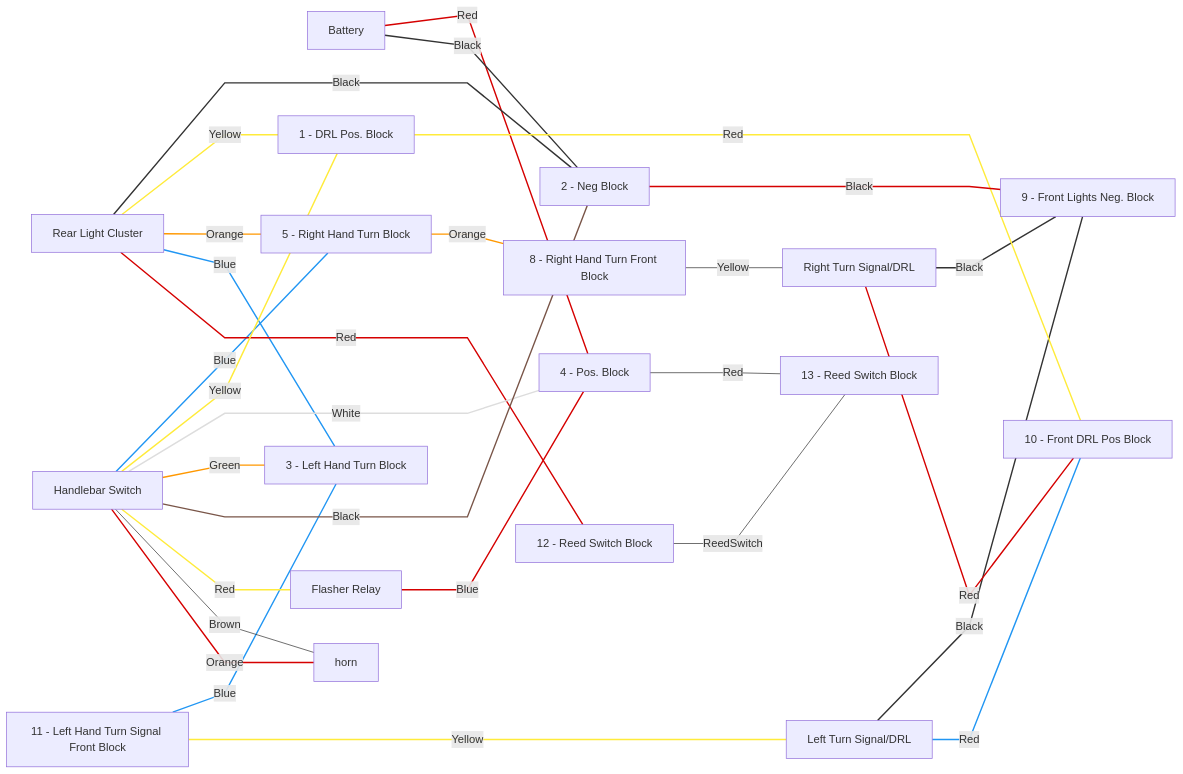
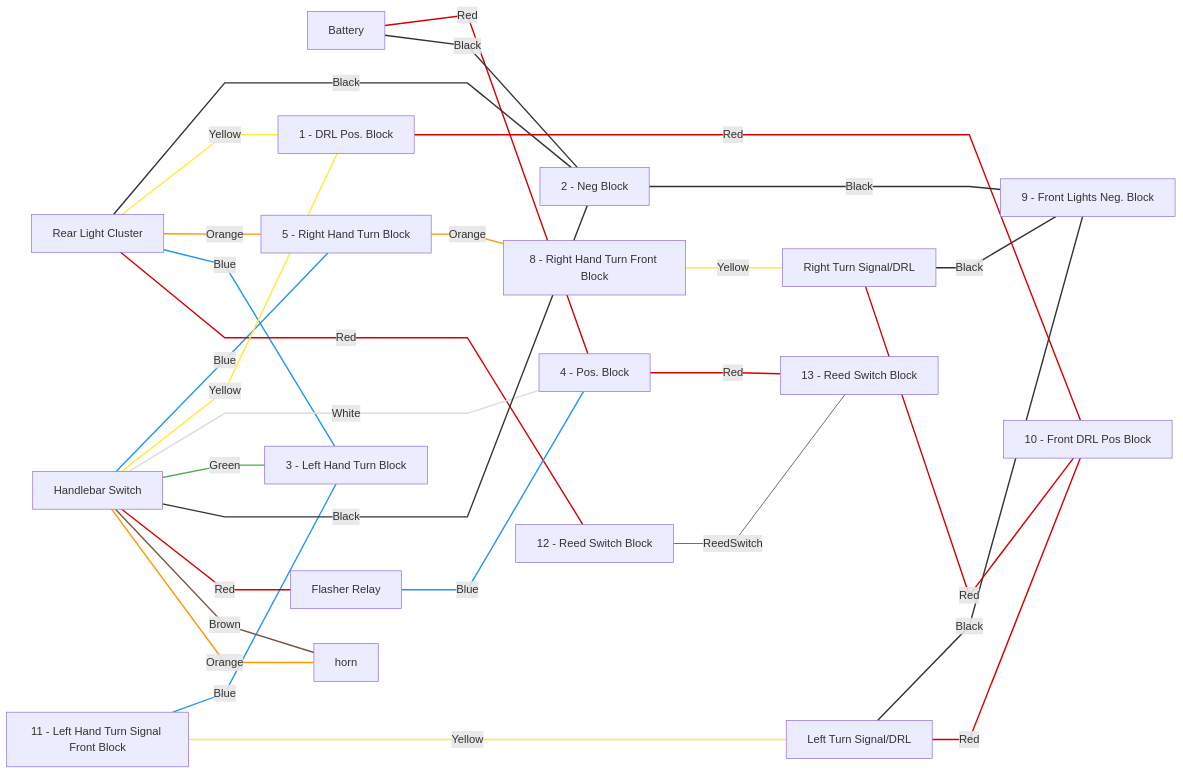
One commit to ElectricElk/schwinn-ss changed the diagram in wiring.md. Above: the diagram before and after it, drawn with Mermaid.

Commit message:
Colors fixed

````diff
--- a/wiring.md
+++ b/wiring.md
@@ -20,15 +20,14 @@
     sw1[Handlebar Switch] -- Yellow --- node1
     sw1 -- White --- node4[4 - Pos. Block]
     sw1 -- Green --- node3
- 
-    sw1 -- Black --- node2    
-    sw1 -- Red --- fr[Flasher Relay]    
-    fr -- Blue --- node4    
+    sw1 -- Black --- node2
+    sw1 -- Red --- fr[Flasher Relay]
+    fr -- Blue --- node4
     sw1 -- Brown --- node_horn[horn]    
-    sw1 -- Orange --- node_horn    
+    sw1 -- Orange --- node_horn
     node1 -- Red --- node10[10 - Front DRL Pos Block]    
     node2 -- Black --- node9[9 - Front Lights Neg. Block]    
-    node4 -- Red --- node13[13 - Reed Switch Block]  
+    node4 -- Red --- node13[13 - Reed Switch Block]
     node8 -- Yellow --- rts[Right Turn Signal/DRL]  
     node12 -- ReedSwitch --- node13  
   
@@ -36,6 +35,11 @@
 %% Black - 333333
 %% White - DDDDDD
 %% Green - 4CAF50
+%% Blue  - 2196F3
+%% Brown  - 795548
+%% Orange - FF9800
+%% Yellow - FFEB3B
+%% Red - D50000
 linkStyle 0 stroke:#D50000,stroke-width:2px 
 linkStyle 1 stroke:#333333,stroke-width:2px
 linkStyle 2 stroke:#333333,stroke-width:2px
@@ -54,32 +58,13 @@
 linkStyle 15 stroke:#FFEB3B,stroke-width:2px
 linkStyle 16 stroke:#DDDDDD,stroke-width:2px  
 linkStyle 17 stroke:#4CAF50,stroke-width:2px  
-
-%% Red
-linkStyle 20 stroke:#D50000,stroke-width:2px  
-linkStyle 22 stroke:#D50000,stroke-width:2px  
-linkStyle 24 stroke:#D50000,stroke-width:2px  
-  
-%% Yellow
-
-
-
-linkStyle 19 stroke:#FFEB3B,stroke-width:2px  
-linkStyle 23 stroke:#FFEB3B,stroke-width:2px  
-  
-%% Orange  
-  
-linkStyle 17 stroke:#FF9800,stroke-width:2px  
-  
-%% Blue  
- 
- 
-linkStyle 14 stroke:#2196F3,stroke-width:2px  
-  
-
-  
-%% Brown  
-linkStyle 18 stroke:#795548,stroke-width:2px  
-  
-
+linkStyle 18 stroke:#333333,stroke-width:2px
+linkStyle 19 stroke:#D50000,stroke-width:2px
+linkStyle 20 stroke:#2196F3,stroke-width:2px
+linkStyle 21 stroke:#795548,stroke-width:2px
+linkStyle 22 stroke:#FF9800,stroke-width:2px
+linkStyle 23 stroke:#D50000,stroke-width:2px
+linkStyle 24 stroke:#333333,stroke-width:2px
+linkStyle 25 stroke:#D50000,stroke-width:2px
+linkStyle 26 stroke:#FFEB3B,stroke-width:2px
 ```  
````
